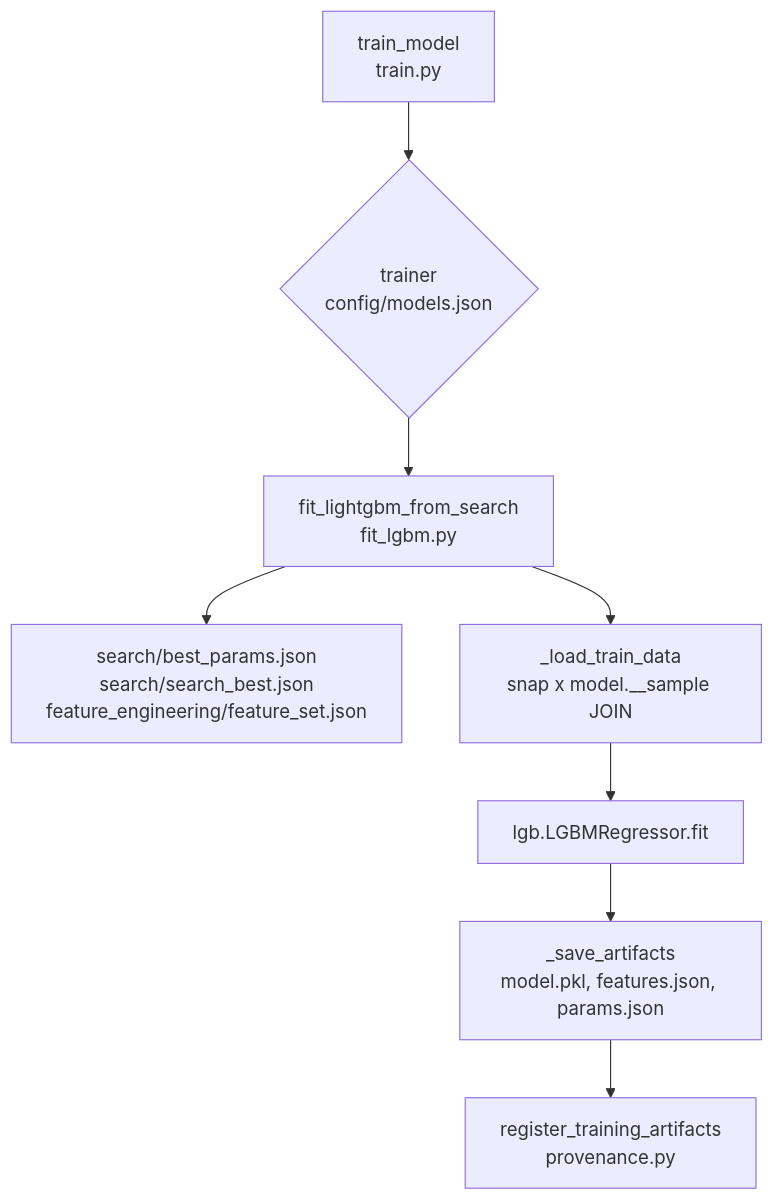
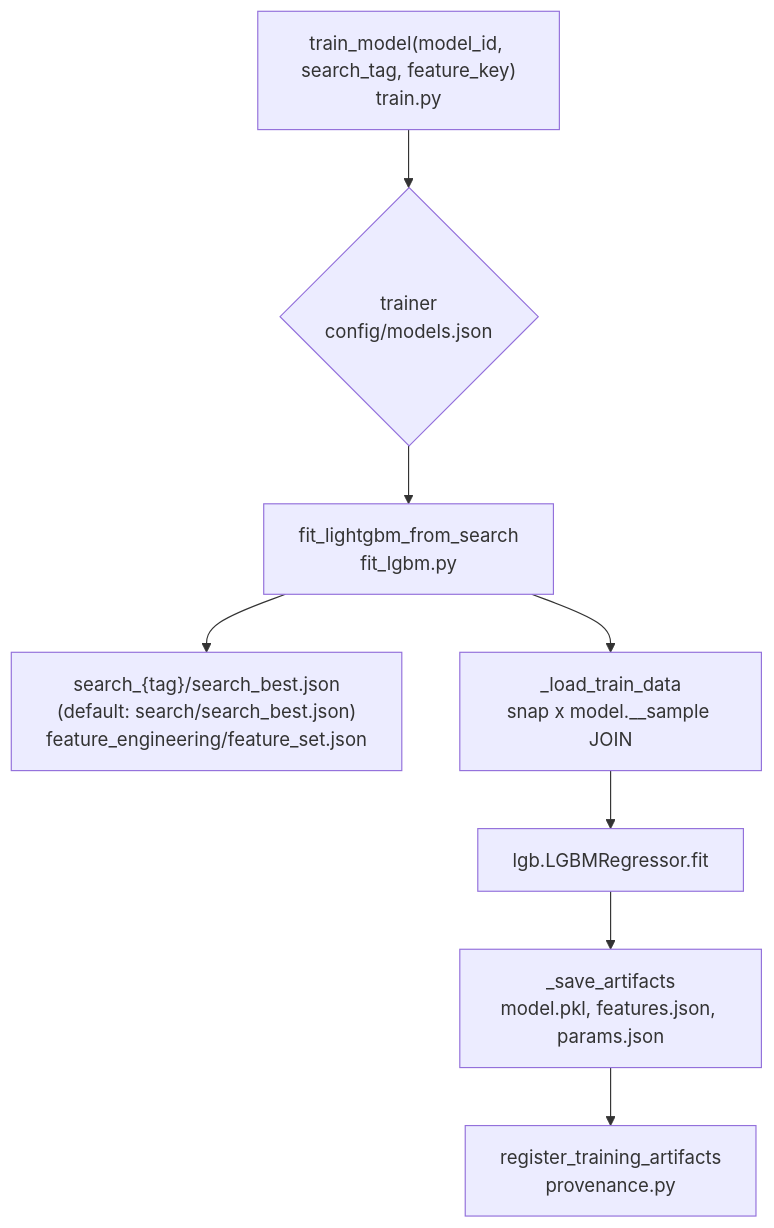
Before and after one commit to Nemesis14/chronoquant: the first of 8 diagrams in _doc_/database_and_code_doc/5510_training.md, drawn with Mermaid. The commit also changed other lines of this file and 837 other files, not shown here.

````diff
--- a/_doc_/database_and_code_doc/5510_training.md
+++ b/_doc_/database_and_code_doc/5510_training.md
@@ -16,10 +16,10 @@
 ```mermaid
 flowchart TD
-  ENTRY[train_model\ntrain.py] --> DISP{trainer\nconfig/models.json}
+  ENTRY["train_model(model_id, search_tag, feature_key)\ntrain.py"] --> DISP{trainer\nconfig/models.json}
   DISP --> LGBM[fit_lightgbm_from_search\nfit_lgbm.py]
-  LGBM --> SEARCH[search/best_params.json\nsearch/search_best.json\nfeature_engineering/feature_set.json]
+  LGBM --> SEARCH["search_{tag}/search_best.json\n(default: search/search_best.json)\nfeature_engineering/feature_set.json"]
   LGBM --> DATA[_load_train_data\nsnap x model.__sample JOIN]
   DATA --> FIT[lgb.LGBMRegressor.fit]
   FIT --> SAVE[_save_artifacts\nmodel.pkl, features.json, params.json]
   SAVE --> REG[register_training_artifacts\nprovenance.py]
 ```
````
